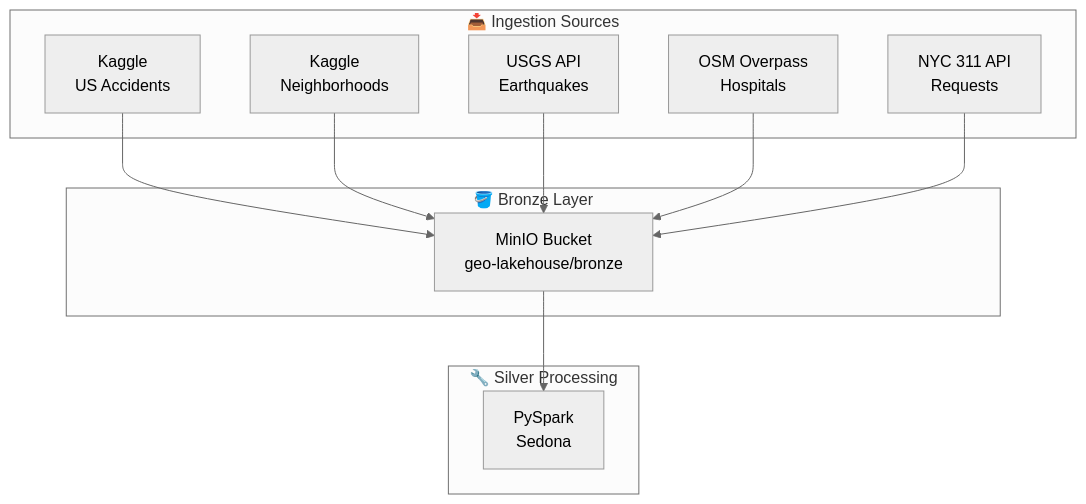
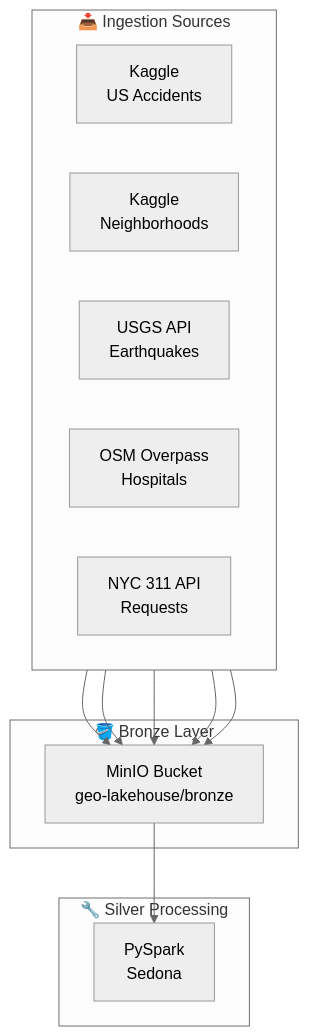
Before and after one commit to matiasmagni/geo-ai-medallion-architecture-pipeline: the fourth of 5 diagrams in README.md, drawn with Mermaid (neutral theme).

Commit message:
Fix README: Data Sources horizontally organized (direction LR)

````diff
--- a/README.md
+++ b/README.md
@@ -144,25 +144,26 @@
 ```mermaid
 flowchart TB
     subgraph "📥 Ingestion Sources"
+        direction LR
         K1[Kaggle<br/>US Accidents]
         K2[Kaggle<br/>Neighborhoods]
         U[USGS API<br/>Earthquakes]
         O[OSM Overpass<br/>Hospitals]
         N[NYC 311 API<br/>Requests]
     end
     
     subgraph "🪣 Bronze Layer"
         B[MinIO Bucket<br/>geo-lakehouse/bronze]
     end
     
     subgraph "🔧 Silver Processing"
         P[PySpark<br/>Sedona]
     end
     
     K1 --> B
     K2 --> B
     U --> B
     O --> B
     N --> B
     B --> P
 ```
````
